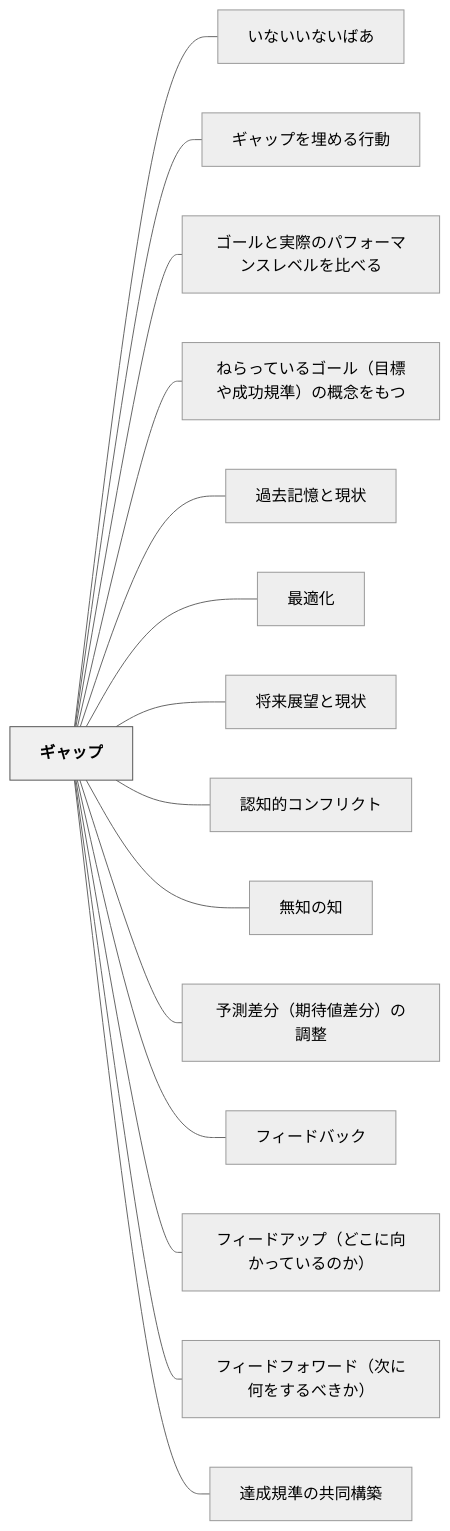
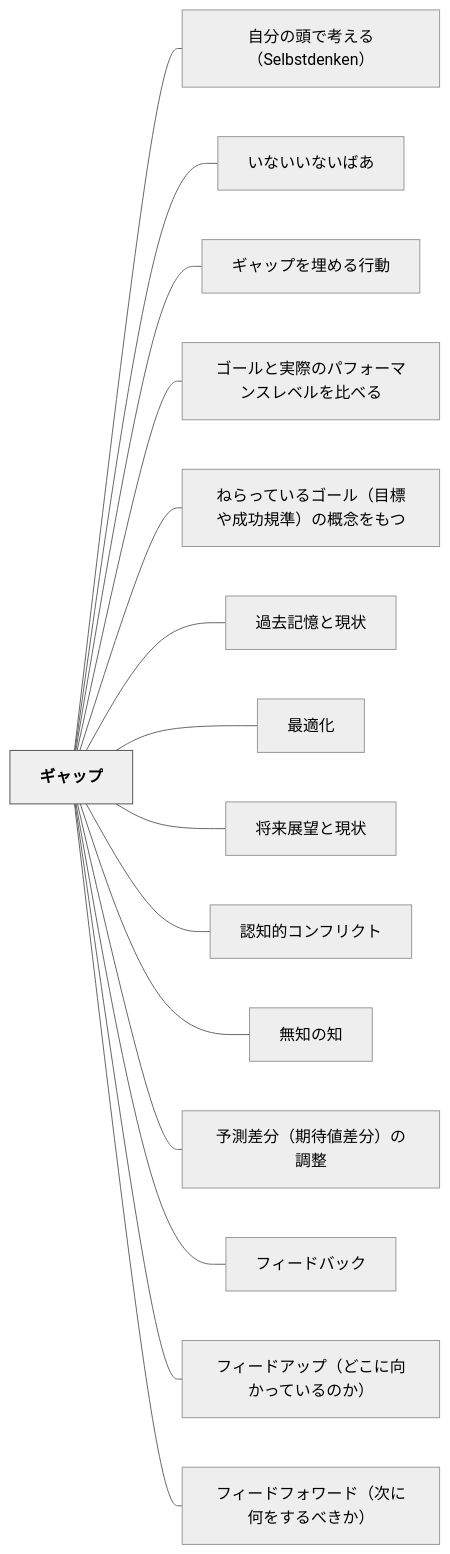
One commit to unknownthings-ed-patterns/unknownthings-ed-patterns changed the diagram in content/パタン/ギャップ.md. Above: the diagram before and after it, drawn with Mermaid (neutral theme). The commit also changed other lines of this file and 21 other files, not shown here.

````diff
--- a/content/パタン/ギャップ.md
+++ b/content/パタン/ギャップ.md
@@ -62,36 +63,36 @@
 ```mermaid
 flowchart LR
     ne382aee383a3e38383e38397["ギャップ"]
+    ne887aae58886e381aee9a0ade381a7e88083e38188e3828befbc8853656c62737464656e6b656eefbc89["自分の頭で考える（Selbstdenken）"]
     ne38184e381aae38184e38184e381aae38184e381b0e38182["いないいないばあ"]
     ne382aee383a3e38383e38397e38292e59f8be38281e3828be8a18ce58b95["ギャップを埋める行動"]
     ne382b4e383bce383abe381a8e5ae9fe99a9be381aee38391e38395e382a9e383bce3839ee383b3e382b9e383ace38399e383abe38292e6af94e381b9e3828b["ゴールと実際のパフォーマンスレベルを比べる"]
     ne381ade38289e381a3e381a6e38184e3828be382b4e383bce383abefbc88e79baee6a899e38284e68890e58a9fe8a68fe6ba96efbc89e381aee6a682e5bfb5e38292e38282e381a4["ねらっているゴール（目標や成功規準）の概念をもつ"]
     ne9818ee58ebbe8a898e686b6e381a8e78fbee78ab6["過去記憶と現状"]
     ne69c80e981a9e58c96["最適化"]
     ne5b086e69da5e5b195e69c9be381a8e78fbee78ab6["将来展望と現状"]
     ne8aa8de79fa5e79a84e382b3e383b3e38395e383aae382afe38388["認知的コンフリクト"]
     ne784a1e79fa5e381aee79fa5["無知の知"]
     ne4ba88e6b8ace5b7aee58886efbc88e69c9fe5be85e580a4e5b7aee58886efbc89e381aee8aabfe695b4["予測差分（期待値差分）の調整"]
     ne38395e382a3e383bce38389e38390e38383e382af["フィードバック"]
     ne38395e382a3e383bce38389e382a2e38383e38397efbc88e381a9e38193e381abe59091e3818be381a3e381a6e38184e3828be381aee3818befbc89["フィードアップ（どこに向かっているのか）"]
     ne38395e382a3e383bce38389e38395e382a9e383afe383bce38389efbc88e6aca1e381abe4bd95e38292e38199e3828be381b9e3818de3818befbc89["フィードフォワード（次に何をするべきか）"]
-    ne98194e68890e8a68fe6ba96e381aee585b1e5908ce6a78be7af89["達成規準の共同構築"]
 
+    ne382aee383a3e38383e38397 --- ne887aae58886e381aee9a0ade381a7e88083e38188e3828befbc8853656c62737464656e6b656eefbc89
     ne382aee383a3e38383e38397 --- ne38184e381aae38184e38184e381aae38184e381b0e38182
     ne382aee383a3e38383e38397 --- ne382aee383a3e38383e38397e38292e59f8be38281e3828be8a18ce58b95
     ne382aee383a3e38383e38397 --- ne382b4e383bce383abe381a8e5ae9fe99a9be381aee38391e38395e382a9e383bce3839ee383b3e382b9e383ace38399e383abe38292e6af94e381b9e3828b
     ne382aee383a3e38383e38397 --- ne381ade38289e381a3e381a6e38184e3828be382b4e383bce383abefbc88e79baee6a899e38284e68890e58a9fe8a68fe6ba96efbc89e381aee6a682e5bfb5e38292e38282e381a4
     ne382aee383a3e38383e38397 --- ne9818ee58ebbe8a898e686b6e381a8e78fbee78ab6
     ne382aee383a3e38383e38397 --- ne69c80e981a9e58c96
     ne382aee383a3e38383e38397 --- ne5b086e69da5e5b195e69c9be381a8e78fbee78ab6
     ne382aee383a3e38383e38397 --- ne8aa8de79fa5e79a84e382b3e383b3e38395e383aae382afe38388
     ne382aee383a3e38383e38397 --- ne784a1e79fa5e381aee79fa5
     ne382aee383a3e38383e38397 --- ne4ba88e6b8ace5b7aee58886efbc88e69c9fe5be85e580a4e5b7aee58886efbc89e381aee8aabfe695b4
     ne382aee383a3e38383e38397 --- ne38395e382a3e383bce38389e38390e38383e382af
     ne382aee383a3e38383e38397 --- ne38395e382a3e383bce38389e382a2e38383e38397efbc88e381a9e38193e381abe59091e3818be381a3e381a6e38184e3828be381aee3818befbc89
     ne382aee383a3e38383e38397 --- ne38395e382a3e383bce38389e38395e382a9e383afe383bce38389efbc88e6aca1e381abe4bd95e38292e38199e3828be381b9e3818de3818befbc89
-    ne382aee383a3e38383e38397 --- ne98194e68890e8a68fe6ba96e381aee585b1e5908ce6a78be7af89
 
     classDef hub fill:#f0f0f0,stroke:#555,color:#000,font-weight:bold
     class ne382aee383a3e38383e38397 hub
 ```
````
